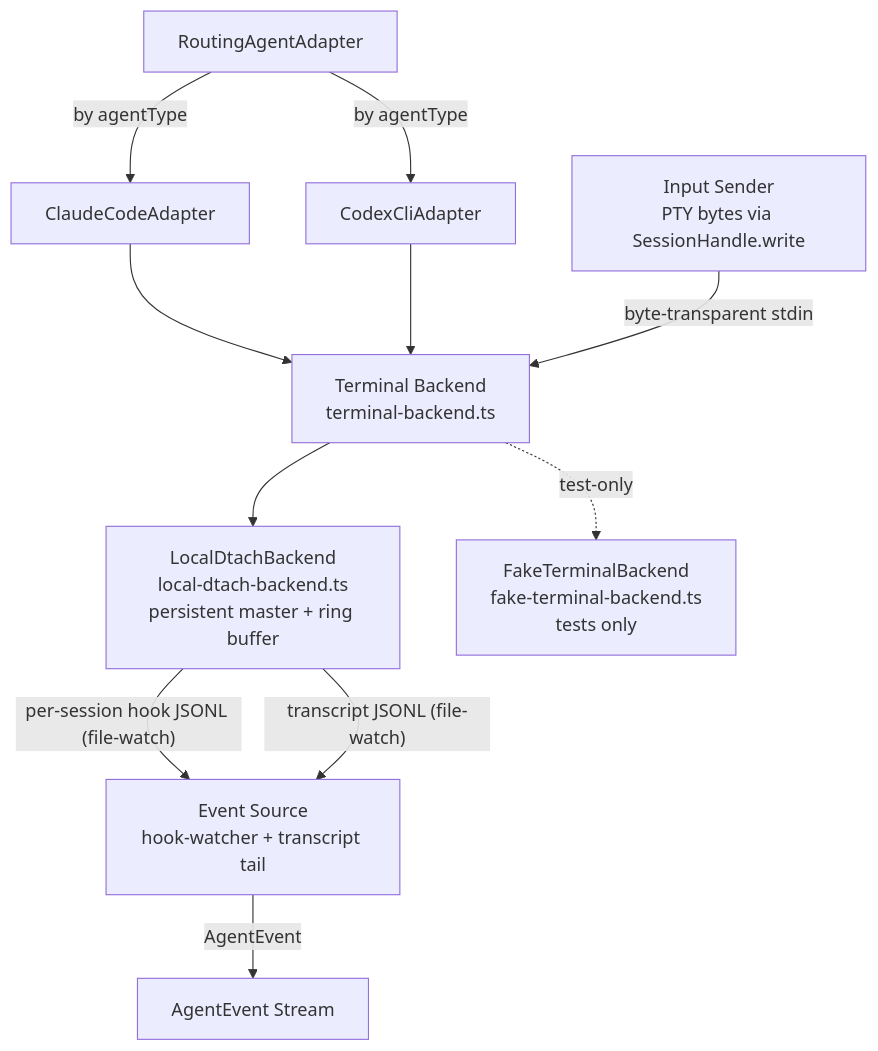
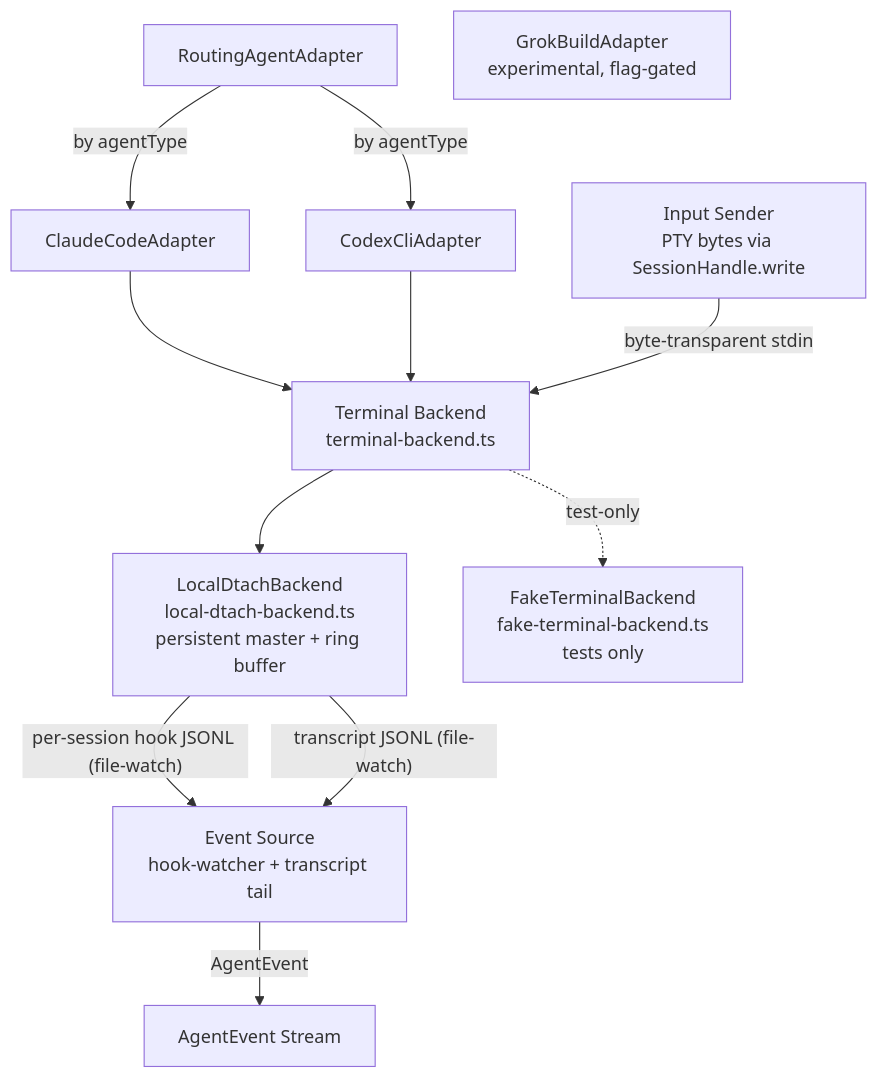
The diagram in docs/system-models/subsystems/agent-adapter/01-component-view.md (kookr-ai/kookr), drawn with Mermaid before and after one commit. The commit also changed other lines of this file and 33 other files, not shown here.

````diff
--- a/docs/system-models/subsystems/agent-adapter/01-component-view.md
+++ b/docs/system-models/subsystems/agent-adapter/01-component-view.md
@@ -9,23 +9,24 @@
 ```mermaid
 flowchart TD
   Router[RoutingAgentAdapter]
   CCAdapter[ClaudeCodeAdapter]
   CodexAdapter[CodexCliAdapter]
+  GrokAdapter[GrokBuildAdapter<br/>experimental, flag-gated]
   Backend[Terminal Backend<br/>terminal-backend.ts]
   Dtach[LocalDtachBackend<br/>local-dtach-backend.ts<br/>persistent master + ring buffer]
   Fake[FakeTerminalBackend<br/>fake-terminal-backend.ts<br/>tests only]
   EventSource[Event Source<br/>hook-watcher + transcript tail]
   InputSender[Input Sender<br/>PTY bytes via SessionHandle.write]
   EventStream[AgentEvent Stream]
 
   Router -->|"by agentType"| CCAdapter
   Router -->|"by agentType"| CodexAdapter
   CCAdapter --> Backend
   CodexAdapter --> Backend
   Backend --> Dtach
   Backend -. test-only .-> Fake
   Dtach -->|"per-session hook JSONL (file-watch)"| EventSource
   Dtach -->|"transcript JSONL (file-watch)"| EventSource
   EventSource -->|"AgentEvent"| EventStream
   InputSender -->|"byte-transparent stdin"| Backend
 ```
````
